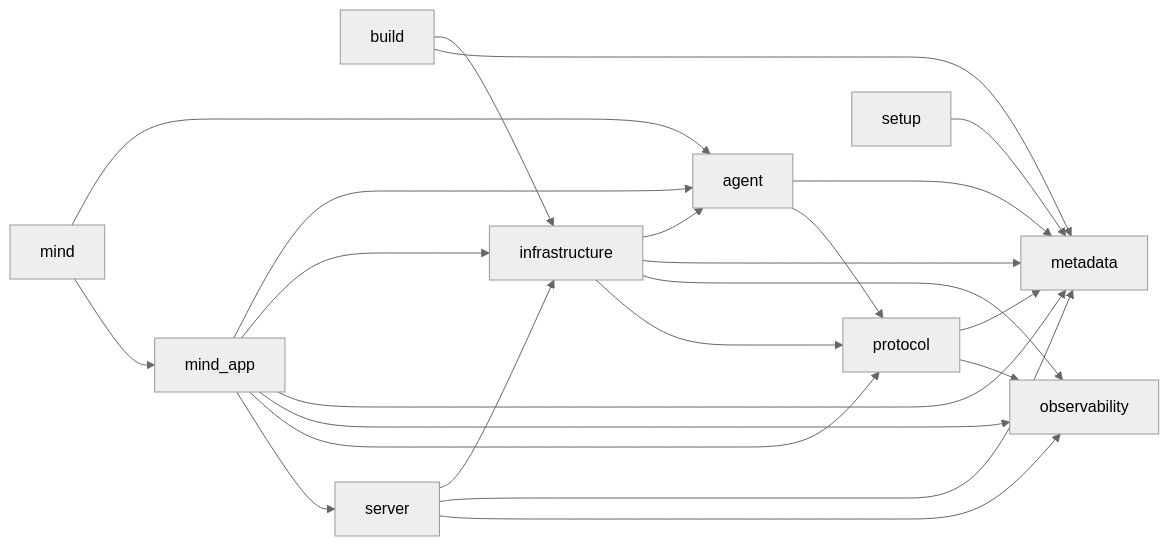
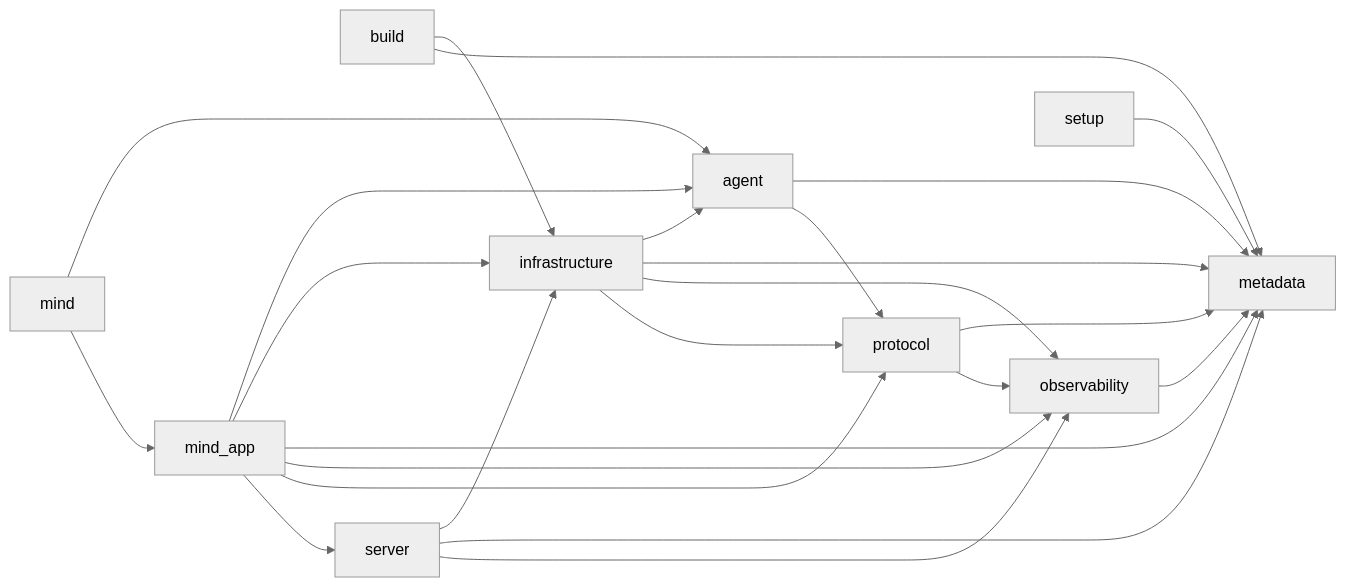
The diagram in AGENT_RUNTIME_IMPORT_GRAPH.md (AxionixLabs/ProxyMind), drawn with Mermaid (neutral theme) before and after one commit. The commit also changed other lines of this file and 8 other files, not shown here.

````diff
--- a/AGENT_RUNTIME_IMPORT_GRAPH.md
+++ b/AGENT_RUNTIME_IMPORT_GRAPH.md
@@ -15,25 +15,26 @@
 ```mermaid
 flowchart LR
     agent --> metadata
     agent --> protocol
     build --> infrastructure
     build --> metadata
     infrastructure --> agent
     infrastructure --> metadata
     infrastructure --> observability
     infrastructure --> protocol
     mind --> agent
     mind --> mind_app
     mind_app --> agent
     mind_app --> infrastructure
     mind_app --> metadata
     mind_app --> observability
     mind_app --> protocol
     mind_app --> server
+    observability --> metadata
     protocol --> metadata
     protocol --> observability
     server --> infrastructure
     server --> metadata
     server --> observability
     setup --> metadata
 ```
````
